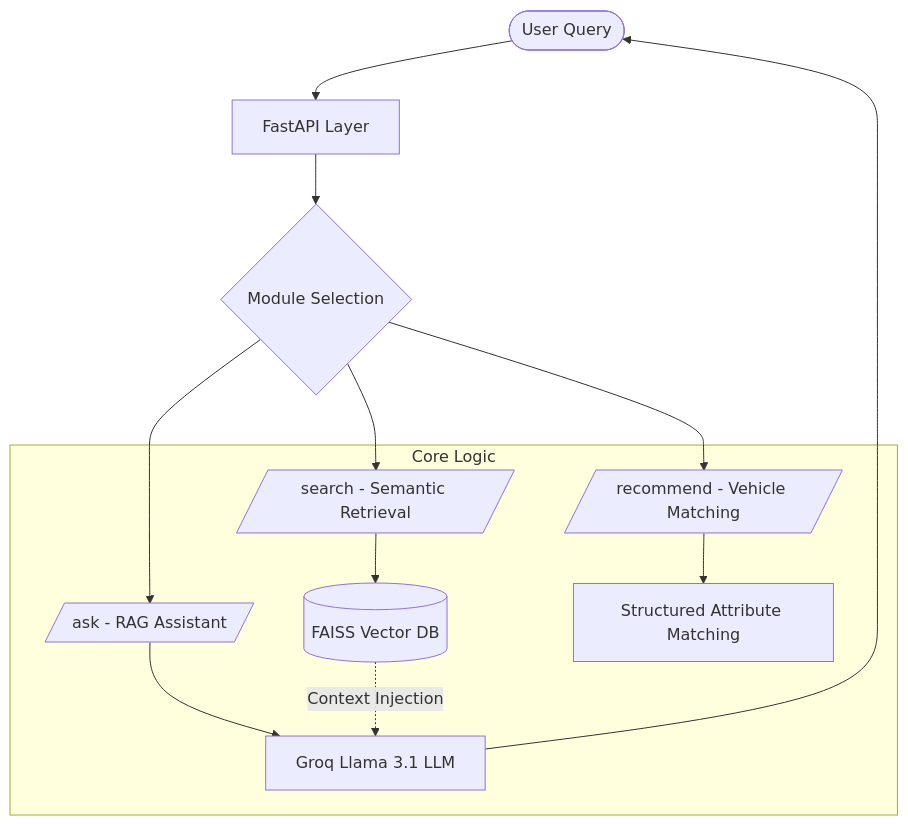
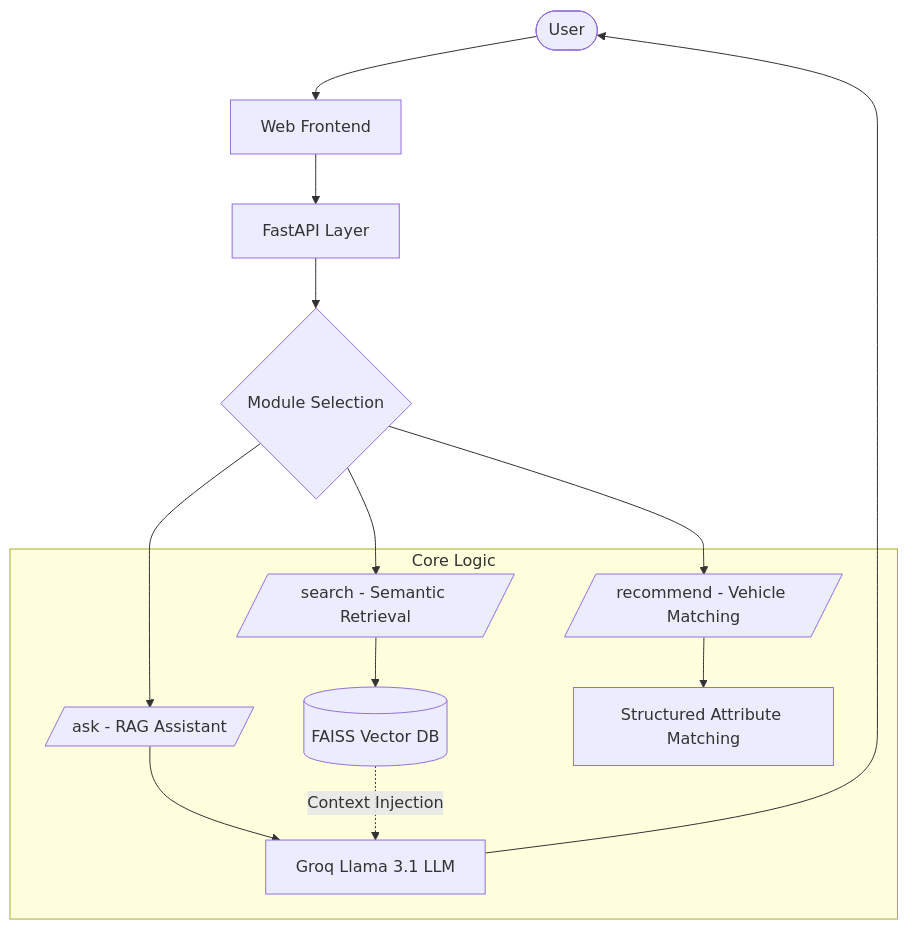
One commit to deepuzz11/automotive-ai-rag-assistant changed the diagram in README.md. Above: the diagram before and after it, drawn with Mermaid. The commit also changed other lines of this file and 7 other files, not shown here.

````diff
--- a/README.md
+++ b/README.md
@@ -133,18 +141,19 @@
 ```mermaid
 graph TD
-    User([User Query]) --> API[FastAPI Layer]
+    User([User]) --> UI[Web Frontend]
+    UI --> API[FastAPI Layer]
     API --> Intent{Module Selection}
     
     Intent --> Search[/search - Semantic Retrieval/]
     Intent --> Ask[/ask - RAG Assistant/]
     Intent --> Rec[/recommend - Vehicle Matching/]
     
     subgraph "Core Logic"
         Search --> FAISS[(FAISS Vector DB)]
         Ask --> Groq[Groq Llama 3.1 LLM]
         Rec --> Filtering[Structured Attribute Matching]
     end
     
     FAISS -.->|Context Injection| Groq
     Groq --> User
 ```
````
